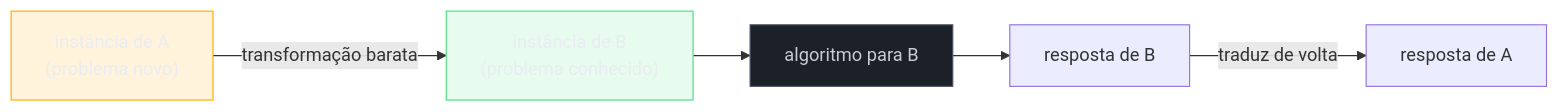
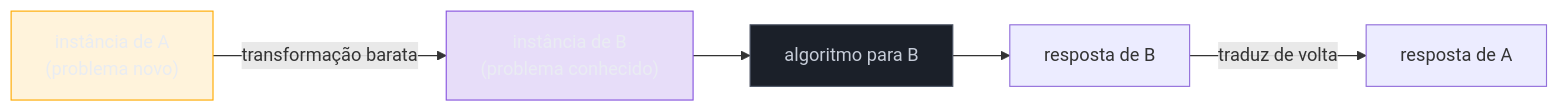
The fourth of 5 diagrams in 03-Dominios/Ciência/Algoritmos/13 - Intratabilidade.md (josenaldo/codex-technomanticus), drawn with Mermaid before and after one commit. The commit also changed other lines of this file and 601 other files, not shown here.

````diff
--- a/03-Dominios/Ciência/Algoritmos/13 - Intratabilidade.md
+++ b/03-Dominios/Ciência/Algoritmos/13 - Intratabilidade.md
@@ -227,14 +226,14 @@
 ```mermaid
 flowchart LR
+    classDef marca fill:#8855DF33,stroke:#8855DF,color:#E9ECF2
     classDef destaque fill:#FFAA0024,stroke:#FFAA00,color:#E9ECF2
-    classDef ok fill:#4ADE8021,stroke:#4ADE80,color:#E9ECF2
     classDef neutro fill:#1B2029,stroke:#4E5666,color:#C6CCD8
     A["instância de A\n(problema novo)"] -->|"transformação barata"| B["instância de B\n(problema conhecido)"]
     B --> SOLVE["algoritmo para B"]
     SOLVE --> RB["resposta de B"]
     RB -->|"traduz de volta"| RA["resposta de A"]
 
     class A destaque
-    class B ok
+    class B marca
     class SOLVE neutro
 ```
````
